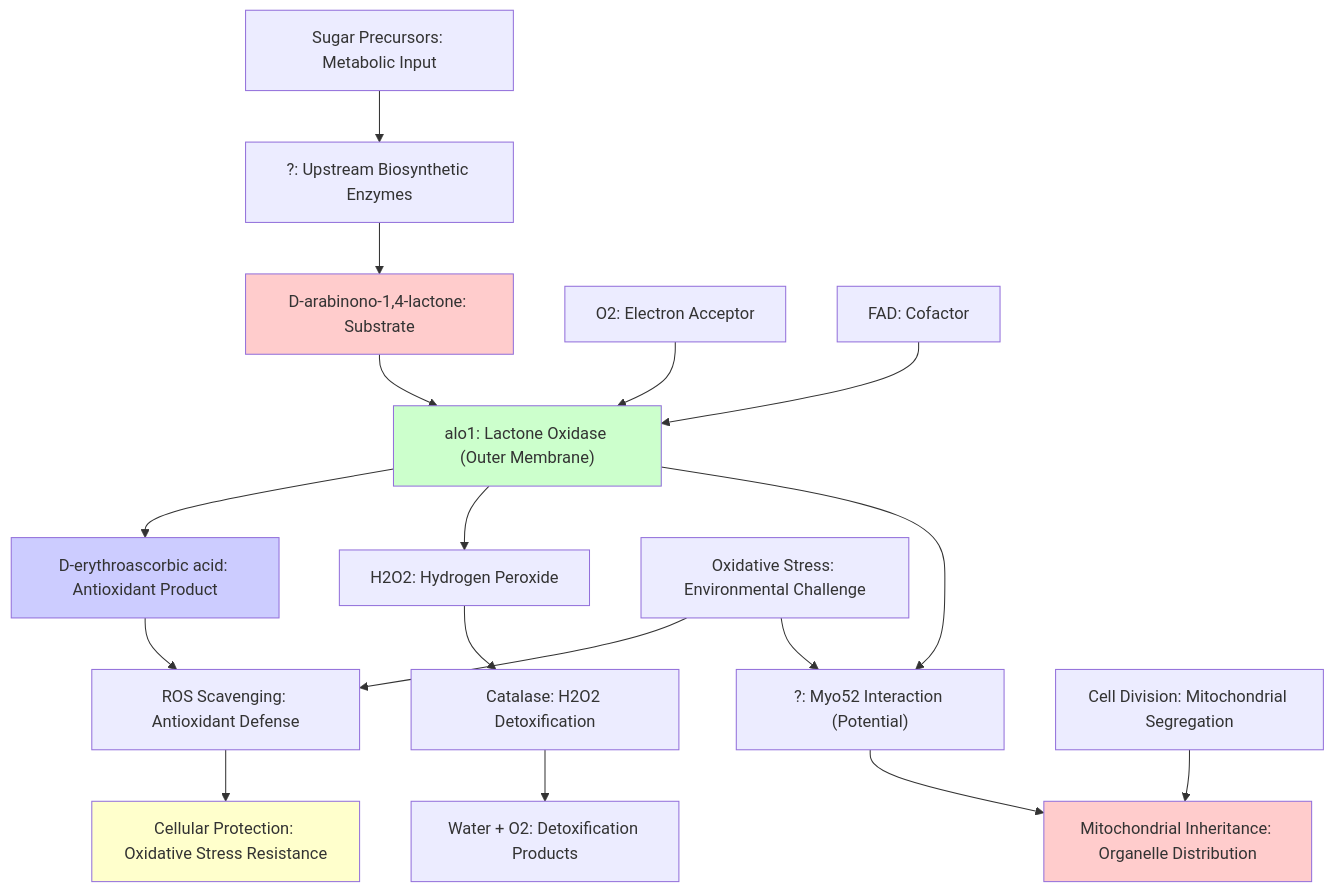
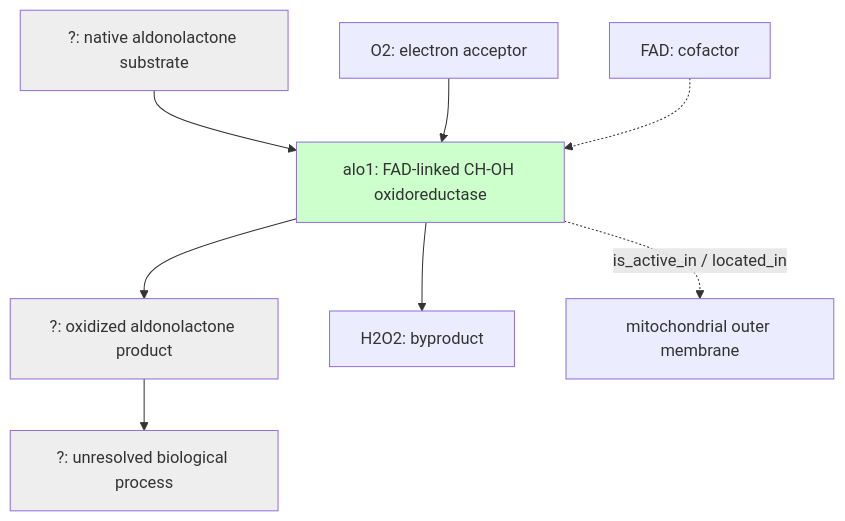
The diagram in genes/SCHPO/alo1/alo1-pathway.md (ai4curation/ai-gene-review), drawn with Mermaid before and after one commit. The commit also changed other lines of this file and 6 other files, not shown here.

````diff
--- a/genes/SCHPO/alo1/alo1-pathway.md
+++ b/genes/SCHPO/alo1/alo1-pathway.md
@@ -25,32 +33,18 @@
 ```mermaid
 graph TD
-    A["D-arabinono-1,4-lactone: Substrate"] --> B["alo1: Lactone Oxidase (Outer Membrane)"]
-    C["O2: Electron Acceptor"] --> B
-    D["FAD: Cofactor"] --> B
+    A["?: native aldonolactone substrate"] --> B["alo1: FAD-linked CH-OH oxidoreductase"]
+    C["O2: electron acceptor"] --> B
+    D["FAD: cofactor"] -.-> B
 
-    B --> E["D-erythroascorbic acid: Antioxidant Product"]
-    B --> F["H2O2: Hydrogen Peroxide"]
+    B --> E["?: oxidized aldonolactone product"]
+    B --> F["H2O2: byproduct"]
 
-    G["?: Upstream Biosynthetic Enzymes"] --> A
-    H["Sugar Precursors: Metabolic Input"] --> G
+    B -. "is_active_in / located_in" .-> G["mitochondrial outer membrane"]
 
-    E --> I["ROS Scavenging: Antioxidant Defense"]
-    F --> J["Catalase: H2O2 Detoxification"]
+    E --> H["?: unresolved biological process"]
 
-    I --> K["Cellular Protection: Oxidative Stress Resistance"]
-    J --> L["Water + O2: Detoxification Products"]
-
-    B --> M["?: Myo52 Interaction (Potential)"]
-    M --> N["Mitochondrial Inheritance: Organelle Distribution"]
-
-    O["Oxidative Stress: Environmental Challenge"] --> I
-    O --> M
-
-    P["Cell Division: Mitochondrial Segregation"] --> N
-
-    style A fill:#ffcccc
     style B fill:#ccffcc
-    style E fill:#ccccff
-    style K fill:#ffffcc
-    style N fill:#ffcccc
+    style A fill:#eeeeee
+    style E fill:#eeeeee
+    style H fill:#eeeeee
 ```
````
